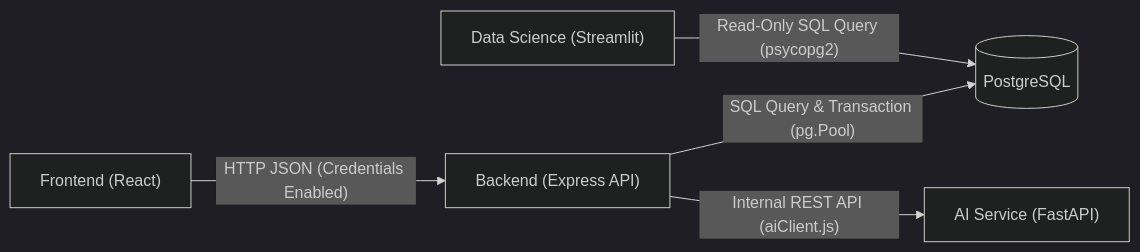
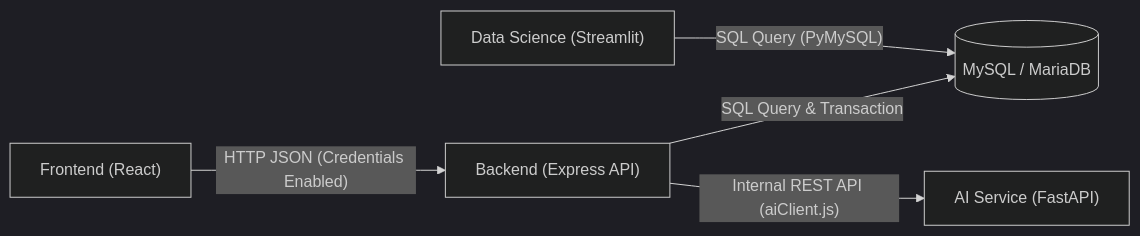
Before and after one commit to KuatRiawan/nara-ac: the fourth of 4 diagrams in README.md, drawn with Mermaid (dark theme). The commit also changed other lines of this file and 69 other files, not shown here.

````diff
--- a/README.md
+++ b/README.md
@@ -1014,7 +1044,7 @@
 ```mermaid
 flowchart LR
     A["Frontend (React)"] -->|"HTTP JSON (Credentials Enabled)"| B["Backend (Express API)"]
-    B -->|"SQL Query & Transaction (pg.Pool)"| C[("PostgreSQL")]
+    B -->|"SQL Query & Transaction"| C[("MySQL / MariaDB")]
     B -->|"Internal REST API (aiClient.js)"| D["AI Service (FastAPI)"]
-    E["Data Science (Streamlit)"] -->|"Read-Only SQL Query (psycopg2)"| C
+    E["Data Science (Streamlit)"] -->|"SQL Query (PyMySQL)"| C
 ```
````
